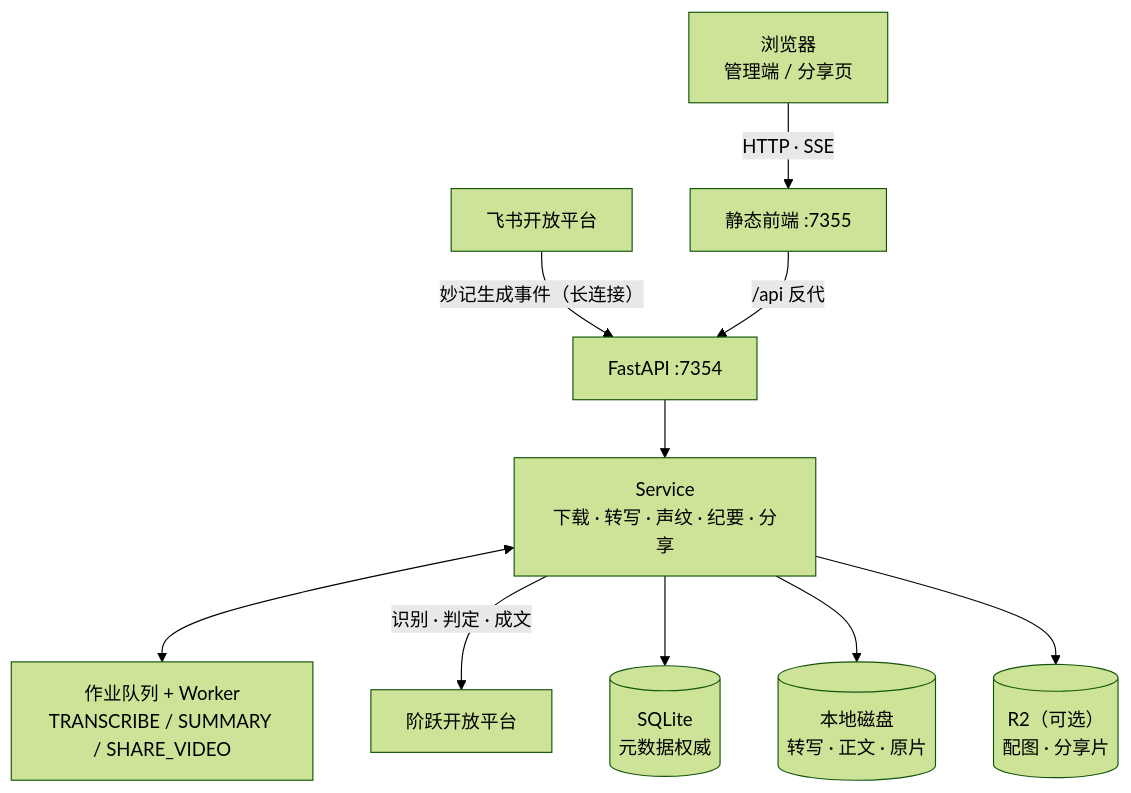
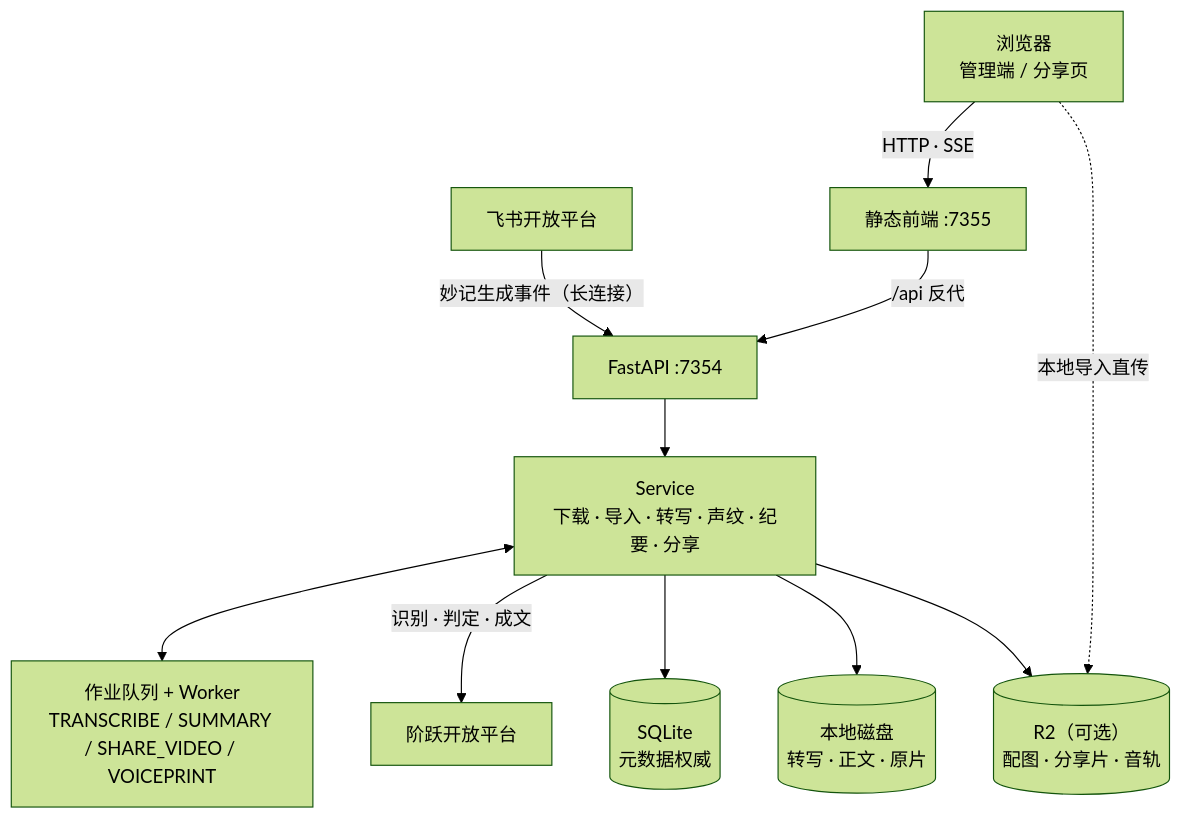
One commit to Simuoss/feishu-minutes-automation changed the first of 5 diagrams in README.md. Above: the diagram before and after it, drawn with Mermaid (forest theme). The commit also changed other lines of this file and 12 other files, not shown here.

````diff
--- a/README.md
+++ b/README.md
@@ -9,12 +9,13 @@
 ```mermaid
 flowchart TD
     LARK["飞书开放平台"] -->|"妙记生成事件（长连接）"| API
     USER["浏览器<br/>管理端 / 分享页"] -->|"HTTP · SSE"| WEB["静态前端 :7355"]
+    USER -.->|"本地导入直传"| R2
     WEB -->|"/api 反代"| API["FastAPI :7354"]
-    API --> SVC["Service<br/>下载 · 转写 · 声纹 · 纪要 · 分享"]
-    SVC <--> JOBS["作业队列 + Worker<br/>TRANSCRIBE / SUMMARY / SHARE_VIDEO"]
+    API --> SVC["Service<br/>下载 · 导入 · 转写 · 声纹 · 纪要 · 分享"]
+    SVC <--> JOBS["作业队列 + Worker<br/>TRANSCRIBE / SUMMARY / SHARE_VIDEO / VOICEPRINT"]
     SVC -->|"识别 · 判定 · 成文"| MODEL["阶跃开放平台"]
     SVC --> DB[("SQLite<br/>元数据权威")]
     SVC --> DISK[("本地磁盘<br/>转写 · 正文 · 原片")]
-    SVC --> R2[("R2（可选）<br/>配图 · 分享片")]
+    SVC --> R2[("R2（可选）<br/>配图 · 分享片 · 音轨")]
 ```
````
